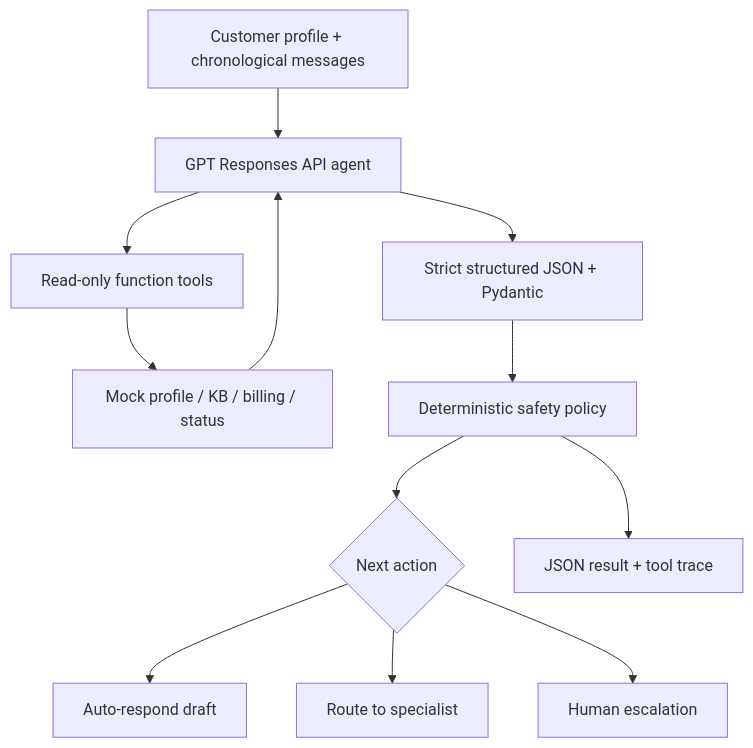
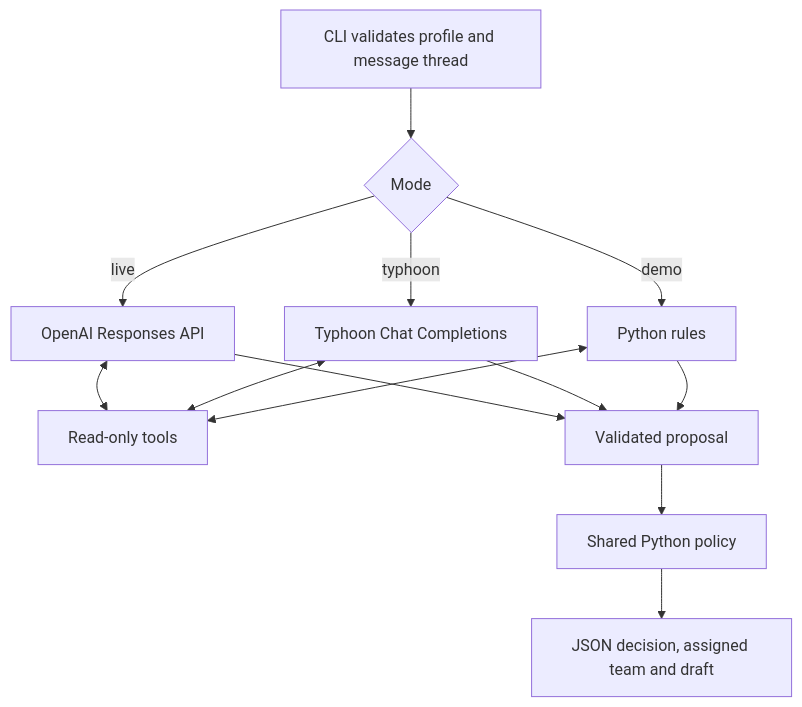
Before and after one commit to thanithpol2545/support-ticket-triage-agent: the diagram in README.md, drawn with Mermaid. The commit also changed other lines of this file, not shown here.

````diff
--- a/README.md
+++ b/README.md
@@ -160,14 +160,15 @@
 ```mermaid
 flowchart TD
-    A[Customer profile + chronological messages] --> B[GPT Responses API agent]
-    B --> C[Read-only function tools]
-    C --> D[Mock profile / KB / billing / status]
-    D --> B
-    B --> E[Strict structured JSON + Pydantic]
-    E --> F[Deterministic safety policy]
-    F --> G{Next action}
-    G --> H[Auto-respond draft]
-    G --> I[Route to specialist]
-    G --> J[Human escalation]
-    F --> K[JSON result + tool trace]
+    A[CLI validates profile and message thread] --> B{Mode}
+    B -->|live| C[OpenAI Responses API]
+    B -->|typhoon| D[Typhoon Chat Completions]
+    B -->|demo| E[Python rules]
+    C <--> T[Read-only tools]
+    D <--> T
+    E <--> T
+    C --> P[Validated proposal]
+    D --> P
+    E --> P
+    P --> F[Shared Python policy]
+    F --> G[JSON decision, assigned team and draft]
 ```
````
